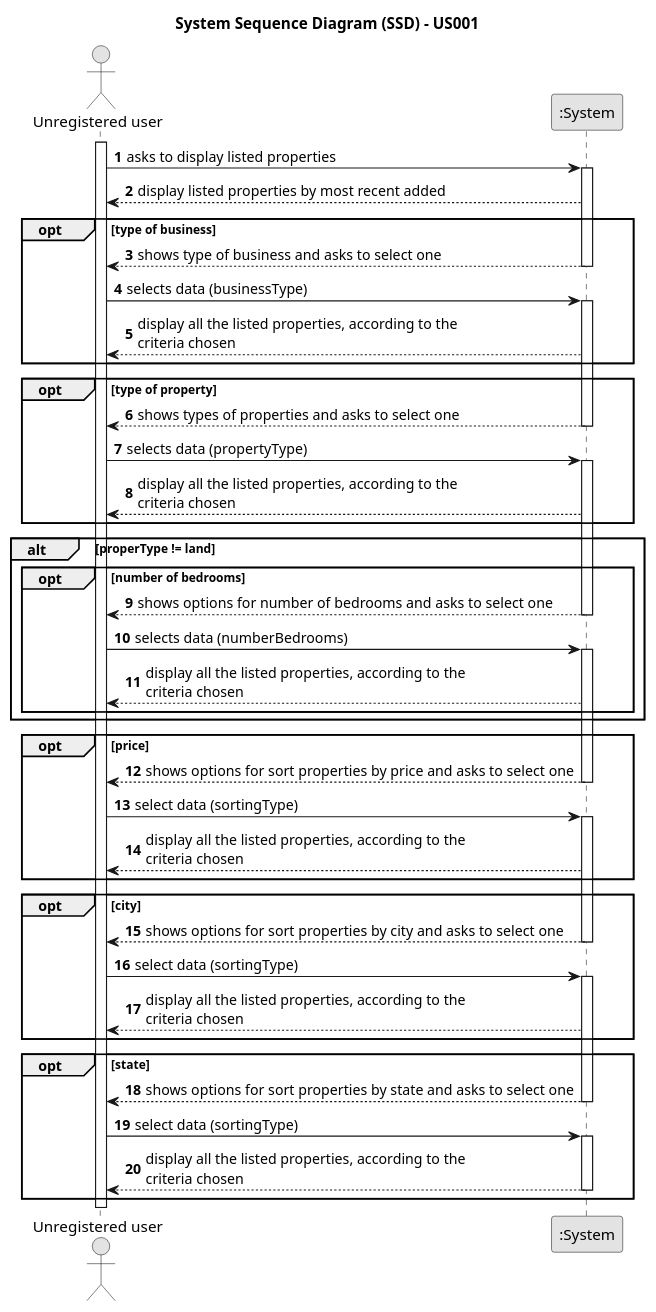
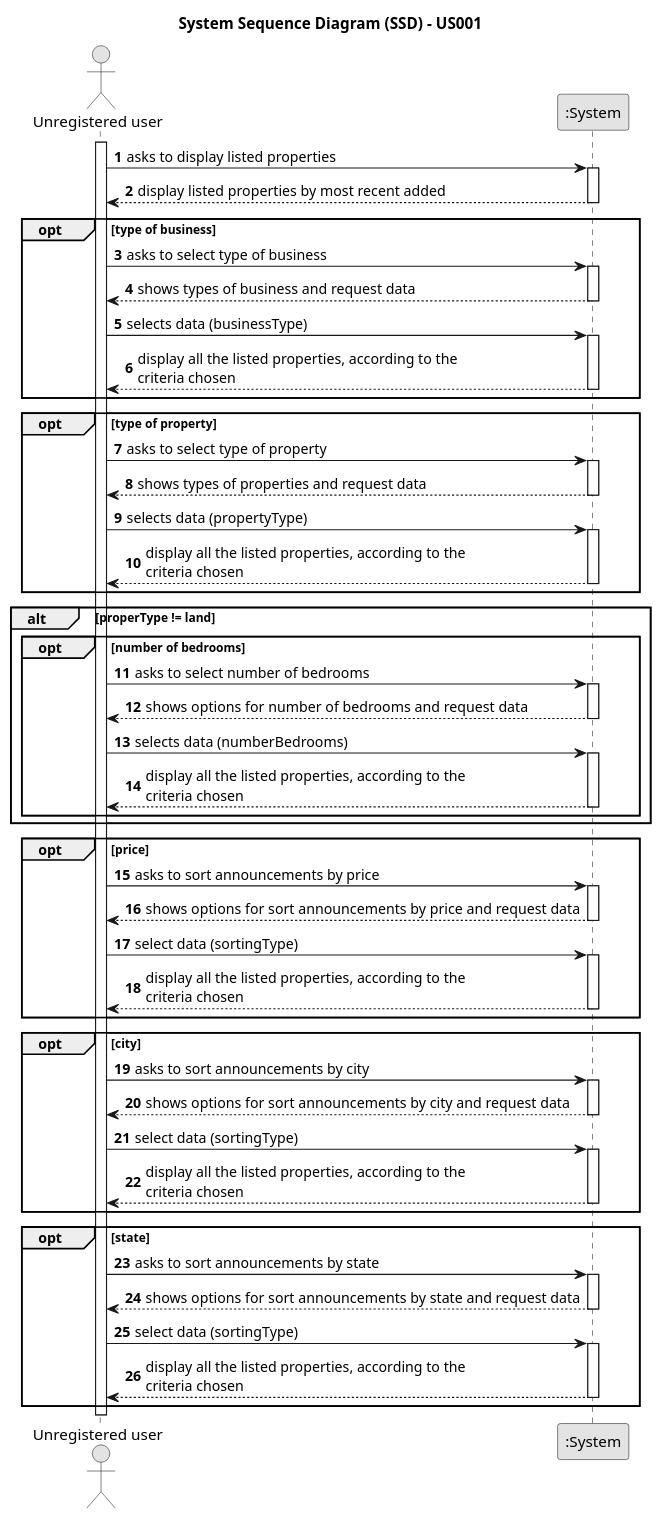
One commit to rita-barbosa/LAPR2-2223 changed the diagram in docs/sprintB/us001/01.requirements-engineering/puml/us001-system-sequence-diagram.puml. Above: the diagram before and after it, drawn with PlantUML. The commit also changed 1 other file, not shown here.

```diff
--- a/docs/sprintB/us001/01.requirements-engineering/puml/us001-system-sequence-diagram.puml
+++ b/docs/sprintB/us001/01.requirements-engineering/puml/us001-system-sequence-diagram.puml
@@ -1,91 +1,110 @@
 @startuml
 skinparam monochrome true
 skinparam packageStyle rectangle
 skinparam shadowing false
 
 title System Sequence Diagram (SSD) - US001
 
 autonumber
 
 actor "Unregistered user" as User
 participant ":System" as System
 
 activate User
 
     User -> System : asks to display listed properties
     activate System
 
     System --> User : display listed properties by most recent added
+    deactivate System
 
     opt type of business
-        System --> User : shows type of business and asks to select one
+        User -> System : asks to select type of business
+        activate System
+
+        System --> User : shows types of business and request data
         deactivate System
 
         User -> System : selects data (businessType)
         activate System
 
         System --> User : display all the listed properties, according to the \ncriteria chosen
-
+        deactivate System
     end
 
     opt type of property
-        System --> User : shows types of properties and asks to select one
+        User -> System : asks to select type of property
+        activate System
+
+        System --> User : shows types of properties and request data
         deactivate System
 
         User -> System : selects data (propertyType)
         activate System
 
         System --> User : display all the listed properties, according to the \ncriteria chosen
-
+        deactivate System
     end
 
     alt properType != land
 
         opt number of bedrooms
-            System --> User : shows options for number of bedrooms and asks to select one
+            User -> System : asks to select number of bedrooms
+            activate System
+
+            System --> User : shows options for number of bedrooms and request data
             deactivate System
 
             User -> System : selects data (numberBedrooms)
             activate System
 
             System --> User : display all the listed properties, according to the \ncriteria chosen
-
+            deactivate System
         end
 
     end
 
     opt price
-        System --> User : shows options for sort properties by price and asks to select one
+        User -> System : asks to sort announcements by price
+        activate System
+
+        System --> User : shows options for sort announcements by price and request data
         deactivate System
 
         User -> System : select data (sortingType)
         activate System
 
         System --> User : display all the listed properties, according to the \ncriteria chosen
-
+        deactivate System
     end
 
     opt city
-        System --> User : shows options for sort properties by city and asks to select one
+        User -> System : asks to sort announcements by city
+        activate System
+
+        System --> User : shows options for sort announcements by city and request data
         deactivate System
 
         User -> System : select data (sortingType)
         activate System
 
         System --> User : display all the listed properties, according to the \ncriteria chosen
-
+        deactivate System
     end
 
     opt state
-        System --> User :  shows options for sort properties by state and asks to select one
+        User -> System : asks to sort announcements by state
+        activate System
+
+        System --> User :  shows options for sort announcements by state and request data
         deactivate System
 
         User -> System : select data (sortingType)
         activate System
 
         System --> User : display all the listed properties, according to the \ncriteria chosen
         deactivate System
     end
 
 
 @enduml
```
